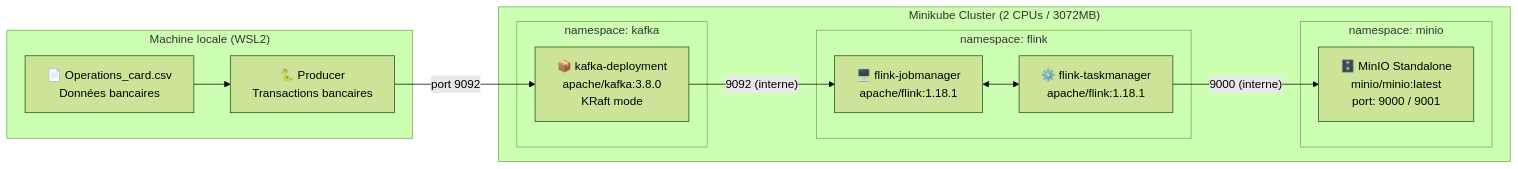
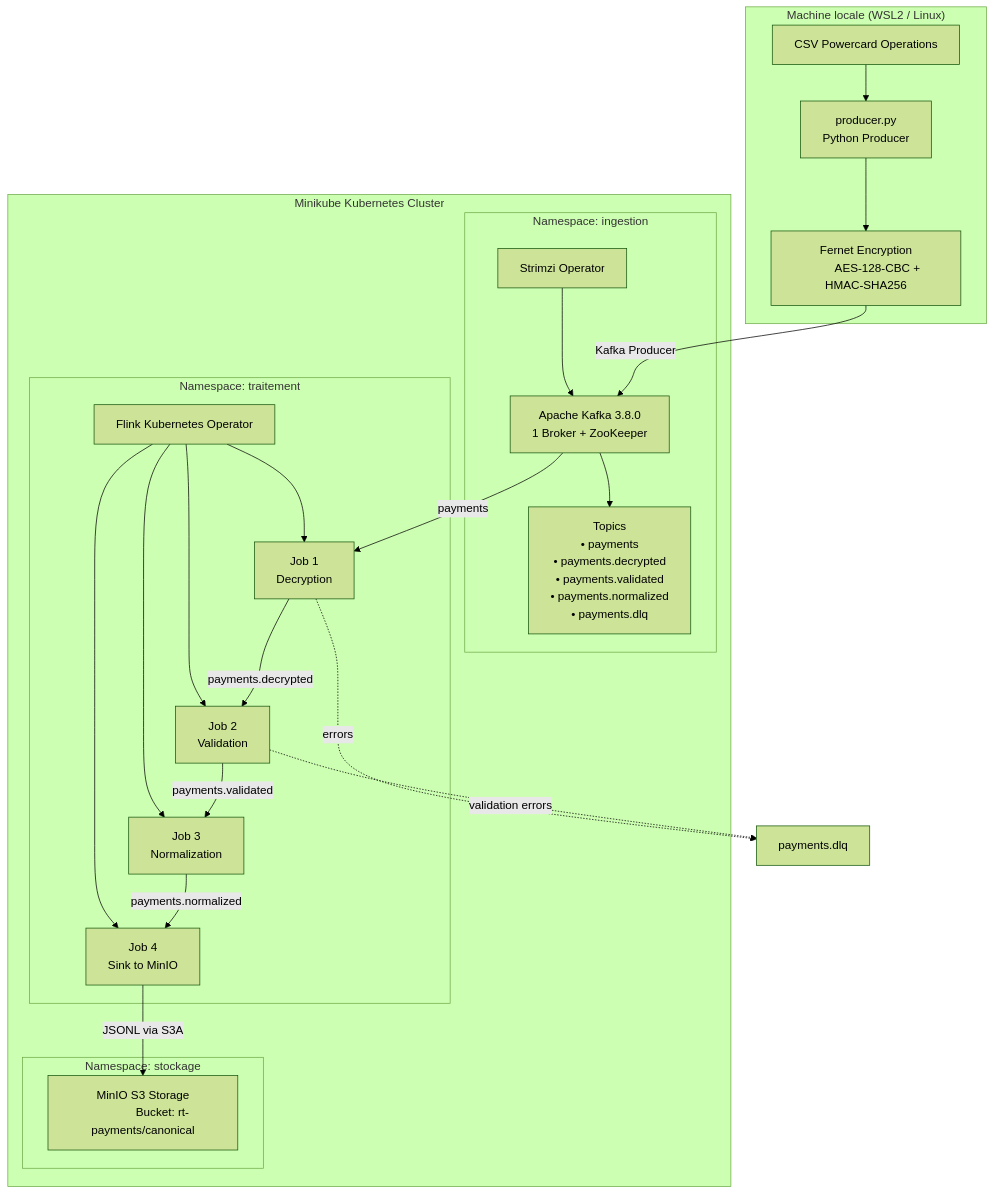
The diagram in README.md (YounesLD10/DGS-Streaming), drawn with Mermaid (forest theme) before and after one commit. The commit also changed other lines of this file and 2 other files, not shown here.

````diff
--- a/README.md
+++ b/README.md
@@ -52,28 +65,77 @@
 ```mermaid
-flowchart LR
-    subgraph Local["Machine locale (WSL2)"]
-        CSV["📄 Operations_card.csv\nDonnées bancaires"]
-        PROD["🐍 Producer\nTransactions bancaires"]
+flowchart TD
+
+    subgraph LOCAL["Machine locale (WSL2 / Linux)"]
+
+        CSV["CSV Powercard Operations"]
+
+        PRODUCER["producer.py
+        Python Producer"]
+
+        ENCRYPT["Fernet Encryption
+        AES-128-CBC + HMAC-SHA256"]
+
+        CSV --> PRODUCER
+        PRODUCER --> ENCRYPT
     end
 
-    subgraph K8s["Minikube Cluster (2 CPUs / 3072MB)"]
-        subgraph NS_KAFKA["namespace: kafka"]
-            BROKER["📦 kafka-deployment\napache/kafka:3.8.0\nKRaft mode"]
+    subgraph K8S["Minikube Kubernetes Cluster"]
+
+        subgraph ING["Namespace: ingestion"]
+
+            STRIMZI["Strimzi Operator"]
+
+            KAFKA["Apache Kafka 3.8.0
+            1 Broker + ZooKeeper"]
+
+            TOPICS["Topics
+            • payments
+            • payments.decrypted
+            • payments.validated
+            • payments.normalized
+            • payments.dlq"]
+
+            STRIMZI --> KAFKA
+            KAFKA --> TOPICS
         end
 
-        subgraph NS_FLINK["namespace: flink"]
-            JM["🖥️ flink-jobmanager\napache/flink:1.18.1"]
-            TM["⚙️ flink-taskmanager\napache/flink:1.18.1"]
+        subgraph FLINK["Namespace: traitement"]
+
+            FLINKOP["Flink Kubernetes Operator"]
+
+            JOB1["Job 1
+            Decryption"]
+
+            JOB2["Job 2
+            Validation"]
+
+            JOB3["Job 3
+            Normalization"]
+
+            JOB4["Job 4
+            Sink to MinIO"]
+
+            FLINKOP --> JOB1
+            FLINKOP --> JOB2
+            FLINKOP --> JOB3
+            FLINKOP --> JOB4
         end
 
-        subgraph NS_MINIO["namespace: minio"]
-            MINIO["🗄️ MinIO Standalone\nminio/minio:latest\nport: 9000 / 9001"]
+        subgraph STORAGE["Namespace: stockage"]
+
+            MINIO["MinIO S3 Storage
+            Bucket: rt-payments/canonical"]
         end
     end
 
-    CSV --> PROD
-    PROD -->|"port 9092"| BROKER
-    BROKER -->|"9092 (interne)"| JM
-    JM <--> TM
-    TM -->|"9000 (interne)"| MINIO
+    ENCRYPT -->|"Kafka Producer"| KAFKA
+
+    KAFKA -->|"payments"| JOB1
+    JOB1 -->|"payments.decrypted"| JOB2
+    JOB2 -->|"payments.validated"| JOB3
+    JOB3 -->|"payments.normalized"| JOB4
+    JOB4 -->|"JSONL via S3A"| MINIO
+
+    JOB1 -.->|"errors"| DLQ["payments.dlq"]
+    JOB2 -.->|"validation errors"| DLQ
 ```
````
